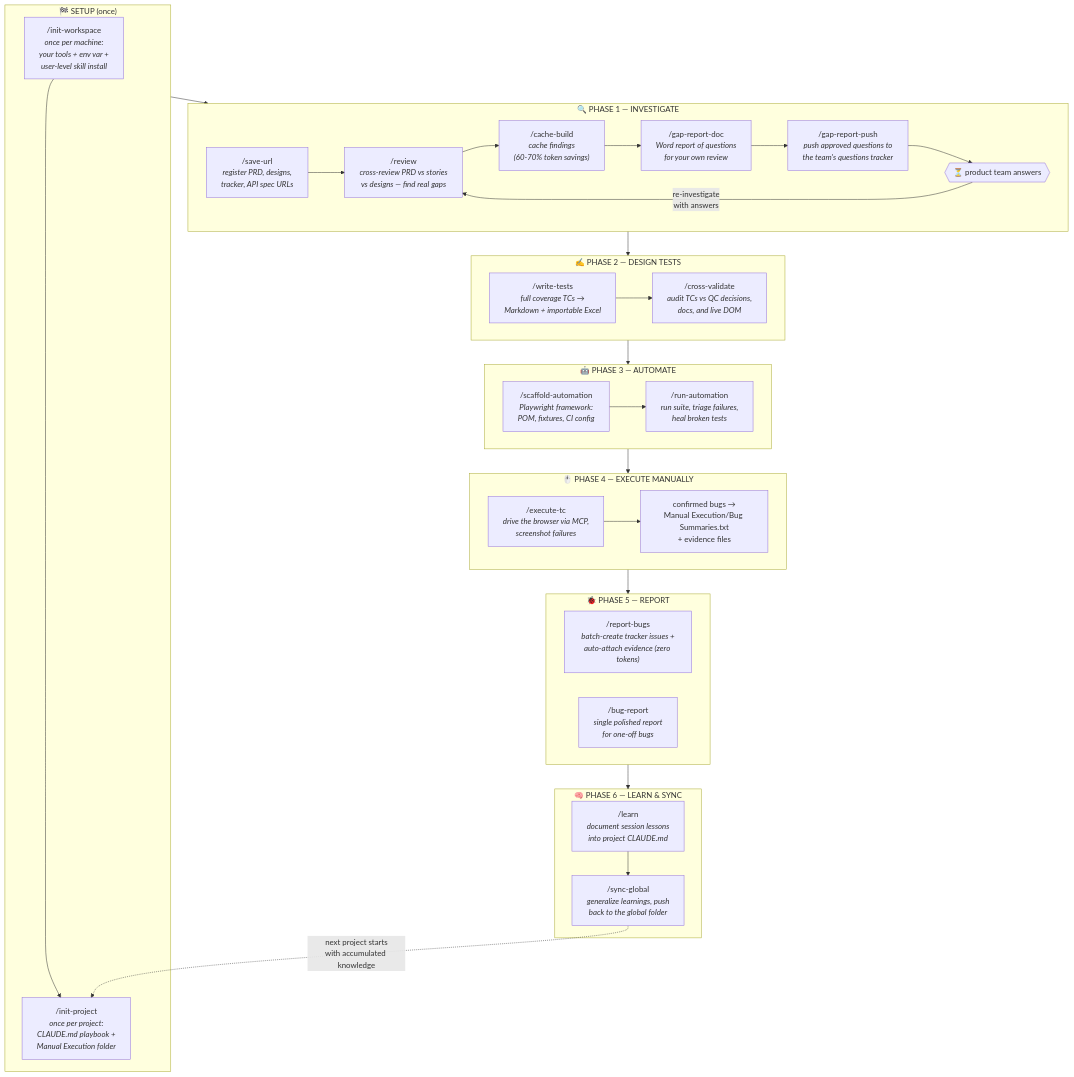
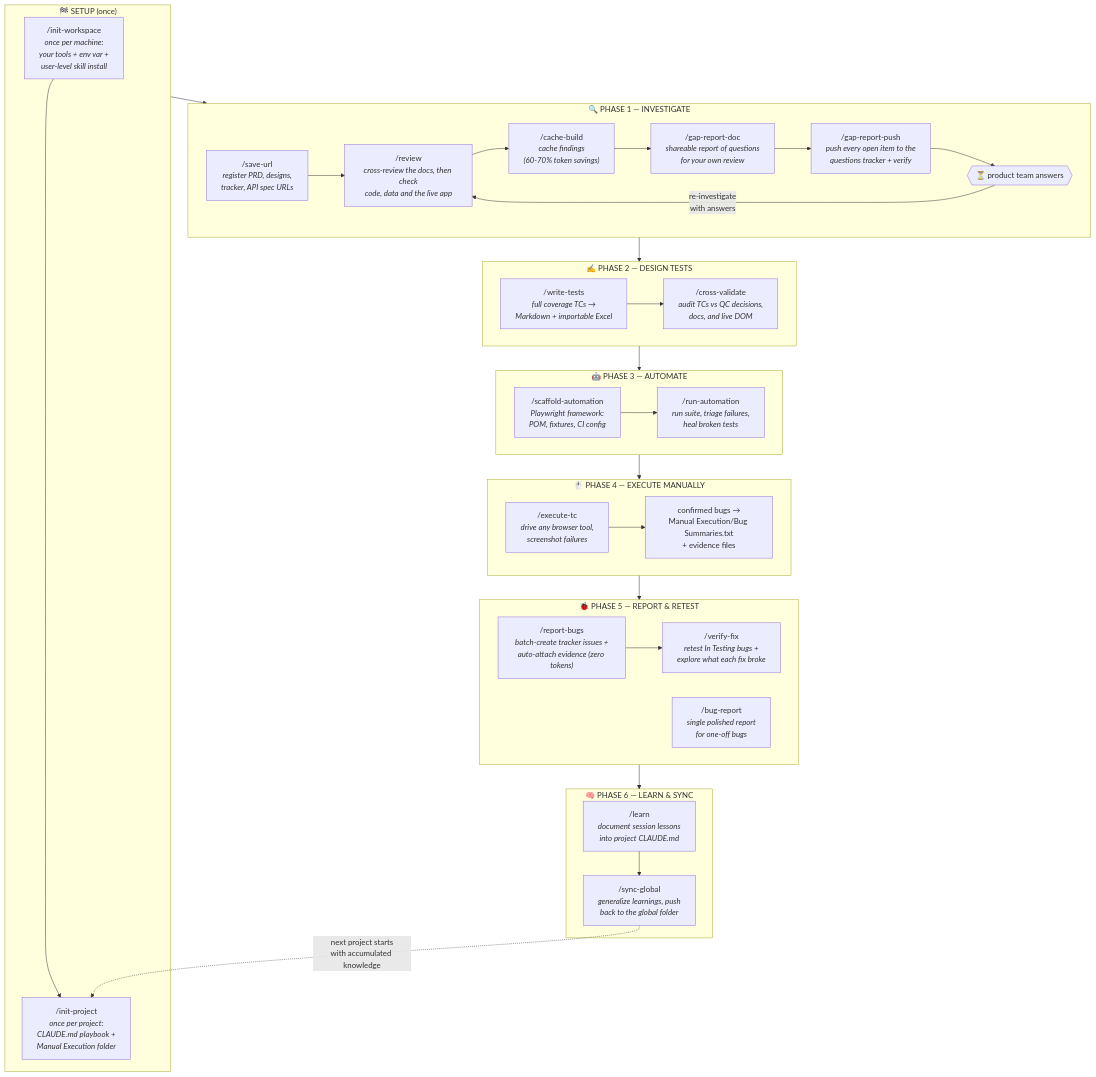
The first of 4 diagrams in README.md (megomagdy/QA-Orchestrator), drawn with Mermaid before and after one commit. The commit also changed other lines of this file and 10 other files, not shown here.

First line of the commit message:
docs: refresh Journey, catalog rows and diagrams

````diff
--- a/README.md
+++ b/README.md
@@ -43,51 +43,53 @@
 ```mermaid
 flowchart TD
     subgraph SETUP["🏁 SETUP (once)"]
         IW["/init-workspace<br/><i>once per machine:<br/>your tools + env var +<br/>user-level skill install</i>"]
         IP["/init-project<br/><i>once per project:<br/>CLAUDE.md playbook +<br/>Manual Execution folder</i>"]
         IW --> IP
     end
 
     subgraph P1["🔍 PHASE 1 — INVESTIGATE"]
         SU["/save-url<br/><i>register PRD, designs,<br/>tracker, API spec URLs</i>"]
-        RV["/review<br/><i>cross-review PRD vs stories<br/>vs designs — find real gaps</i>"]
+        RV["/review<br/><i>cross-review the docs, then check<br/>code, data and the live app</i>"]
         CB["/cache-build<br/><i>cache findings<br/>(60-70% token savings)</i>"]
-        GD["/gap-report-doc<br/><i>Word report of questions<br/>for your own review</i>"]
-        GP["/gap-report-push<br/><i>push approved questions to<br/>the team's questions tracker</i>"]
+        GD["/gap-report-doc<br/><i>shareable report of questions<br/>for your own review</i>"]
+        GP["/gap-report-push<br/><i>push every open item to the<br/>questions tracker + verify</i>"]
         WAIT{{"⏳ product team answers"}}
         SU --> RV --> CB --> GD --> GP --> WAIT
         WAIT -->|"re-investigate<br/>with answers"| RV
     end
 
     subgraph P2["✍️ PHASE 2 — DESIGN TESTS"]
         WT["/write-tests<br/><i>full coverage TCs →<br/>Markdown + importable Excel</i>"]
         CV["/cross-validate<br/><i>audit TCs vs QC decisions,<br/>docs, and live DOM</i>"]
         WT --> CV
     end
 
     subgraph P3["🤖 PHASE 3 — AUTOMATE"]
         SA["/scaffold-automation<br/><i>Playwright framework:<br/>POM, fixtures, CI config</i>"]
         RA["/run-automation<br/><i>run suite, triage failures,<br/>heal broken tests</i>"]
         SA --> RA
     end
 
     subgraph P4["🖱️ PHASE 4 — EXECUTE MANUALLY"]
-        ET["/execute-tc<br/><i>drive the browser via MCP,<br/>screenshot failures</i>"]
+        ET["/execute-tc<br/><i>drive any browser tool,<br/>screenshot failures</i>"]
         LOG["confirmed bugs →<br/>Manual Execution/Bug Summaries.txt<br/>+ evidence files"]
         ET --> LOG
     end
 
-    subgraph P5["🐞 PHASE 5 — REPORT"]
+    subgraph P5["🐞 PHASE 5 — REPORT & RETEST"]
         RB["/report-bugs<br/><i>batch-create tracker issues +<br/>auto-attach evidence (zero tokens)</i>"]
         BR["/bug-report<br/><i>single polished report<br/>for one-off bugs</i>"]
+        VF["/verify-fix<br/><i>retest In Testing bugs +<br/>explore what each fix broke</i>"]
+        RB --> VF
     end
 
     subgraph P6["🧠 PHASE 6 — LEARN & SYNC"]
         LN["/learn<br/><i>document session lessons<br/>into project CLAUDE.md</i>"]
         SG["/sync-global<br/><i>generalize learnings, push<br/>back to the global folder</i>"]
         LN --> SG
     end
 
     SETUP --> P1 --> P2 --> P3 --> P4 --> P5 --> P6
     SG -.->|"next project starts<br/>with accumulated knowledge"| IP
 ```
````
